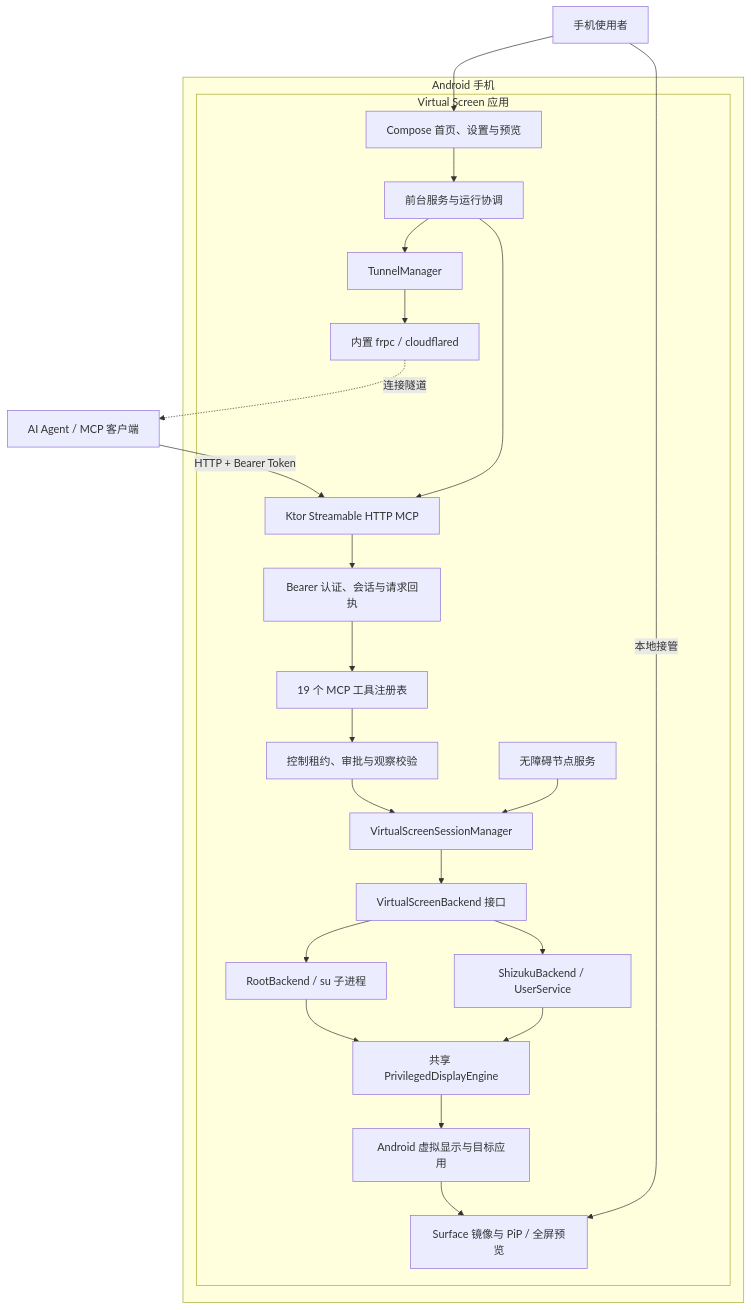
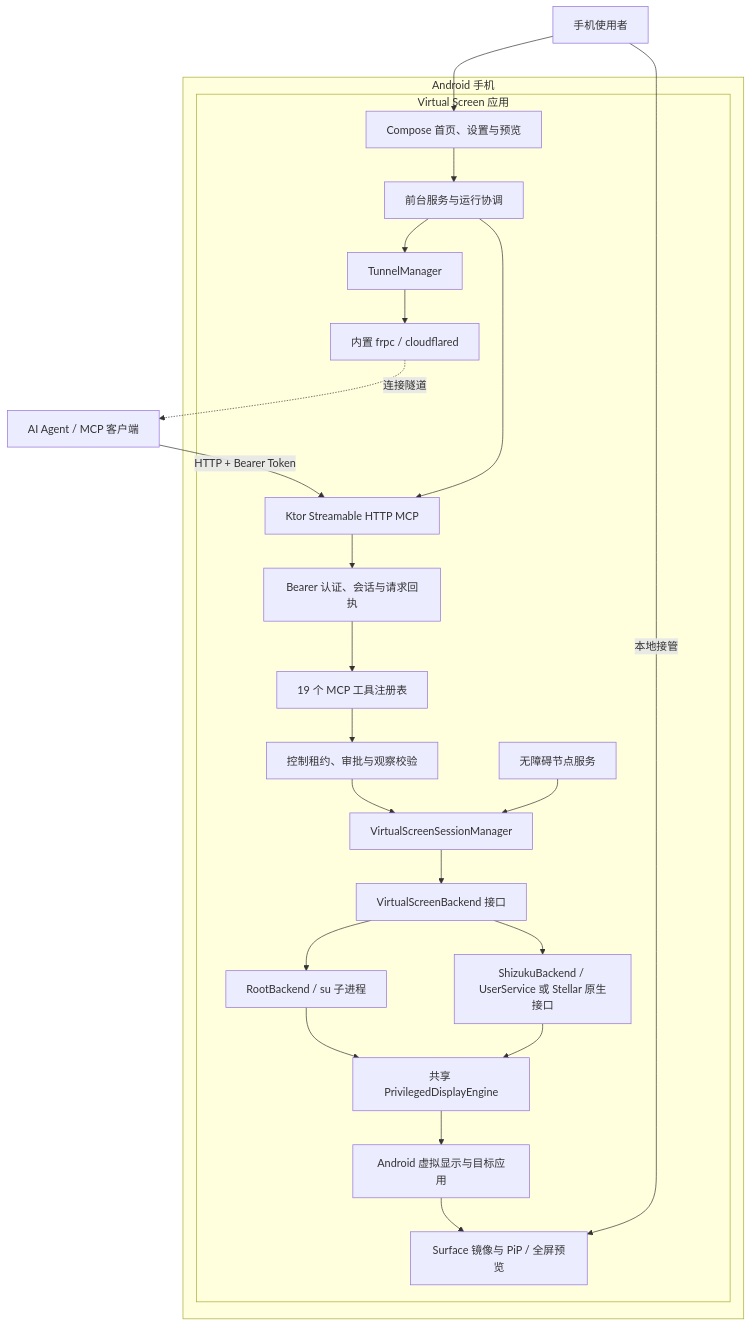
One commit to lejw0925/android-virtual-screen changed the second of 2 diagrams in README.md. Above: the diagram before and after it, drawn with Mermaid. The commit also changed other lines of this file and 5 other files, not shown here.

````diff
--- a/README.md
+++ b/README.md
@@ -100,38 +101,38 @@
 ```mermaid
 flowchart TB
     client[AI Agent / MCP 客户端]
     subgraph phone[Android 手机]
         subgraph app[Virtual Screen 应用]
             ui[Compose 首页、设置与预览]
             service[前台服务与运行协调]
             mcp[Ktor Streamable HTTP MCP]
             auth[Bearer 认证、会话与请求回执]
             lease[控制租约、审批与观察校验]
             tools[19 个 MCP 工具注册表]
             session[VirtualScreenSessionManager]
             backend[VirtualScreenBackend 接口]
             root[RootBackend / su 子进程]
-            shizuku[ShizukuBackend / UserService]
+            shizuku[ShizukuBackend / UserService 或 Stellar 原生接口]
             engine[共享 PrivilegedDisplayEngine]
             display[Android 虚拟显示与目标应用]
             access[无障碍节点服务]
             preview[Surface 镜像与 PiP / 全屏预览]
             tunnel[TunnelManager]
             frpc[内置 frpc / cloudflared]
         end
     end
     client -->|HTTP + Bearer Token| mcp
     mcp --> auth --> tools --> lease --> session
     ui --> service
     service --> mcp
     service --> tunnel --> frpc
     session --> backend
     backend --> root --> engine
     backend --> shizuku --> engine
     engine --> display
     access --> session
     display --> preview
     owner[手机使用者] --> ui
     owner -->|本地接管| preview
     frpc -. 连接隧道 .-> client
 ```
````
